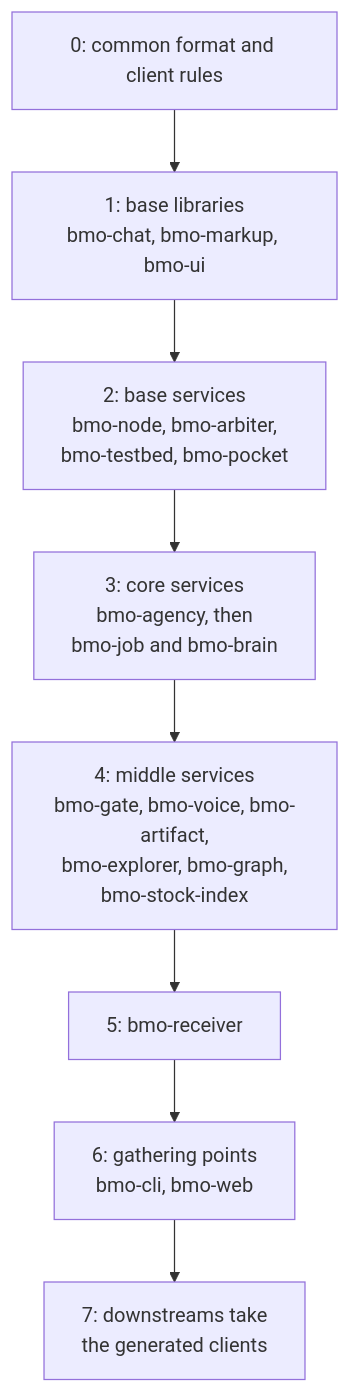
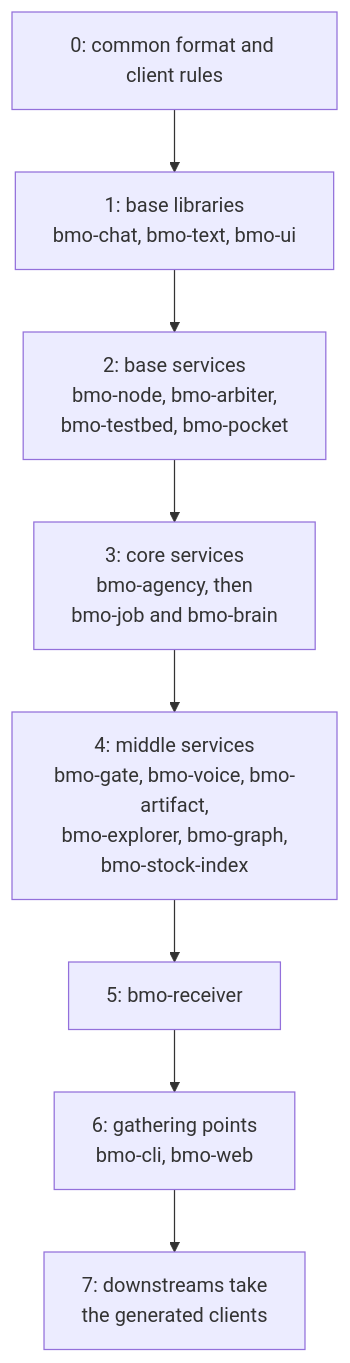
One commit to ahas/bmo-chat changed the diagram in docs/conventions.md. Above: the diagram before and after it, drawn with Mermaid. The commit also changed other lines of this file, not shown here.

First line of the commit message:
State the API design every bmo-next service follows

````diff
--- a/docs/conventions.md
+++ b/docs/conventions.md
@@ -79,12 +220,12 @@
 ```mermaid
 flowchart TD
   S0["0: common format and client rules"]
-  S1["1: base libraries<br/>bmo-chat, bmo-markup, bmo-ui"]
+  S1["1: base libraries<br/>bmo-chat, bmo-text, bmo-ui"]
   S2["2: base services<br/>bmo-node, bmo-arbiter,<br/>bmo-testbed, bmo-pocket"]
   S3["3: core services<br/>bmo-agency, then<br/>bmo-job and bmo-brain"]
   S4["4: middle services<br/>bmo-gate, bmo-voice, bmo-artifact,<br/>bmo-explorer, bmo-graph,<br/>bmo-stock-index"]
   S5["5: bmo-receiver"]
   S6["6: gathering points<br/>bmo-cli, bmo-web"]
   S7["7: downstreams take<br/>the generated clients"]
   S0 --> S1 --> S2 --> S3 --> S4 --> S5 --> S6 --> S7
 ```
````
